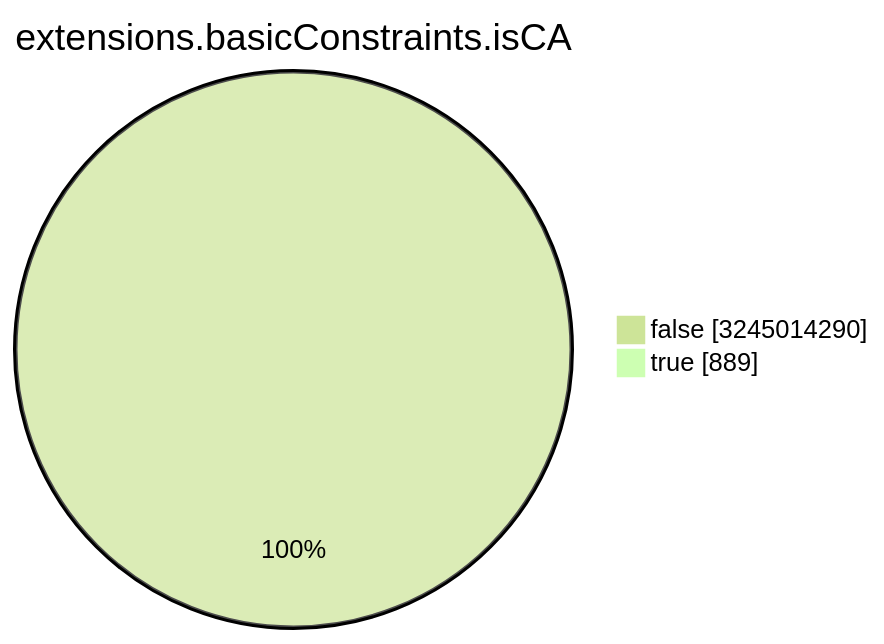
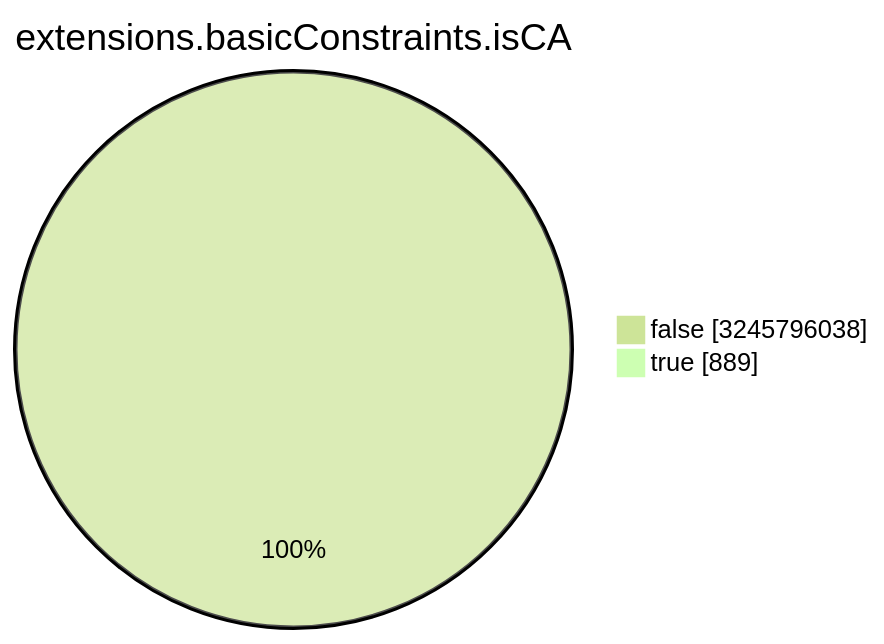
One commit to christiankrug/ctmonitor_visualization changed the seventh of 15 diagrams in TOTAL/README.md. Above: the diagram before and after it, drawn with Mermaid (forest theme). The commit also changed other lines of this file, not shown here.

````diff
--- a/TOTAL/README.md
+++ b/TOTAL/README.md
@@ -3088,6 +3088,6 @@
 ```mermaid
 pie showData
 title extensions.basicConstraints.isCA
-"false" :3245014290
+"false" :3245796038
 "true" :889
 ```
````
